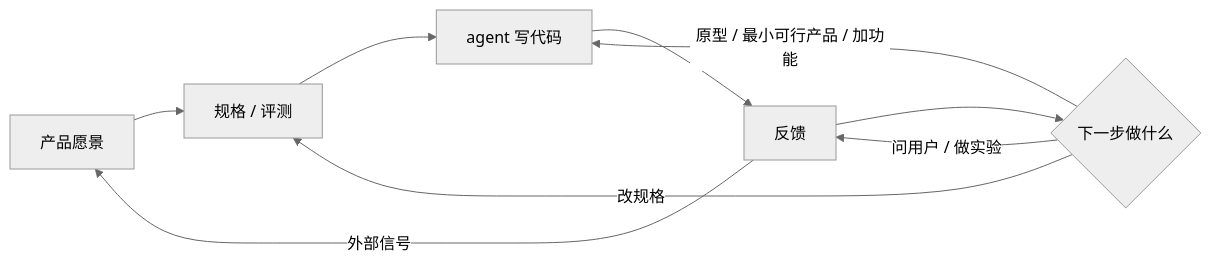
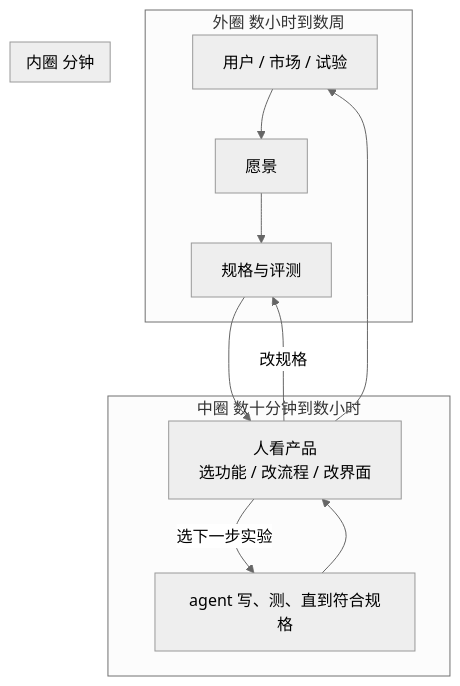
One commit to openalon/AI-Notes changed the diagram in 01-Articles/X/Andrew Ng：Shaping the build.md. Above: the diagram before and after it, drawn with Mermaid (neutral theme). The commit also changed other lines of this file and 4 other files, not shown here.

````diff
--- a/01-Articles/X/Andrew Ng：Shaping the build.md
+++ b/01-Articles/X/Andrew Ng：Shaping the build.md
@@ -24,11 +26,17 @@
 ```mermaid
-flowchart LR
-  V[产品愿景] --> S[规格 / 评测]
-  S --> A[agent 写代码]
-  A --> F[反馈]
-  F --> D{下一步做什么}
-  D -->|改规格| S
-  D -->|原型 / 最小可行产品 / 加功能| A
-  D -->|问用户 / 做实验| F
-  F -->|外部信号| V
+flowchart TB
+  subgraph ext [外圈 数小时到数周]
+    U[用户 / 市场 / 试验] --> V[愿景]
+    V --> S[规格与评测]
+  end
+  subgraph dev [中圈 数十分钟到数小时]
+    S --> H[人看产品<br/>选功能 / 改流程 / 改界面]
+    H -->|改规格| S
+    H -->|选下一步实验| A
+  end
+  subgraph agent [内圈 分钟]
+    A[agent 写、测、直到符合规格]
+  end
+  A --> H
+  H --> U
 ```
````
